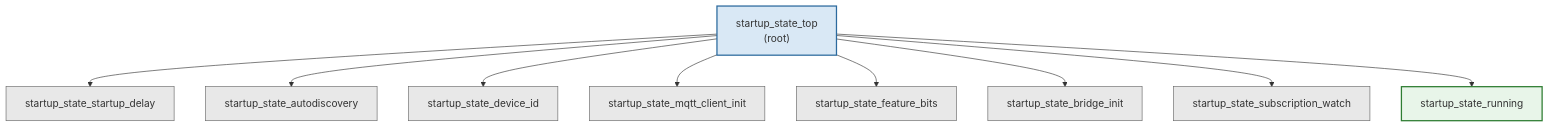
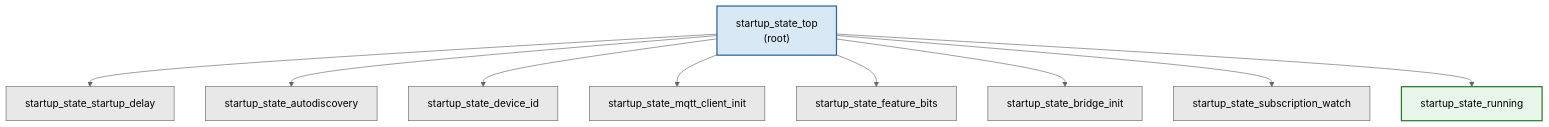
The second of 2 diagrams in docs/architecture/startup-sequence.md (eddietheengineer/home-assistant-bridge-esphome), drawn with Mermaid before and after one commit.

Commit message:
fix(docs): move mermaid init config inside code fence
The %%{init: {...}}%% directive must be the first line inside the
mermaid code block, not outside it. GitHub's Mermaid renderer was
treating the out-of-fence directive as plain text and failing to parse
the diagram.

Affected: startup-sequence.md (sequenceDiagram and HSM graph)

````diff
--- a/docs/architecture/startup-sequence.md
+++ b/docs/architecture/startup-sequence.md
@@ -186,29 +185,30 @@
 ```mermaid
+%%{init: {"theme":"neutral","themeVariables":{"primaryColor":"#4a90d9","primaryBorderColor":"#2c6a9e","primaryTextColor":"#1a1a1a","secondaryColor":"#d9e8f5","tertiaryColor":"#f0f0f0","lineColor":"#666666","clusterBkg":"#f5f5f5","clusterBorder":"#cccccc","fontFamily":"monospace","nodeBorder":"#555555"}}}%%
 graph TB
     TOP["startup_state_top<br/>(root)"]
     SD["startup_state_startup_delay"]
     AD["startup_state_autodiscovery"]
     DI["startup_state_device_id"]
     MC["startup_state_mqtt_client_init"]
     FB["startup_state_feature_bits"]
     BI["startup_state_bridge_init"]
     SW["startup_state_subscription_watch"]
     RN["startup_state_running"]
 
     classDef root fill:#d9e8f5,stroke:#2c6a9e,stroke-width:2px
     classDef state fill:#e8e8e8,stroke:#666666
     classDef terminal fill:#e8f5e9,stroke:#2e7d32,stroke-width:2px
 
     class TOP root
     class SD,AD,DI,MC,FB,BI,SW state
     class RN terminal
 
     TOP --> SD
     TOP --> AD
     TOP --> DI
     TOP --> MC
     TOP --> FB
     TOP --> BI
     TOP --> SW
     TOP --> RN
 ```
````
